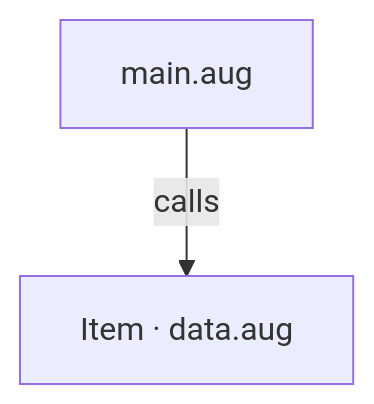
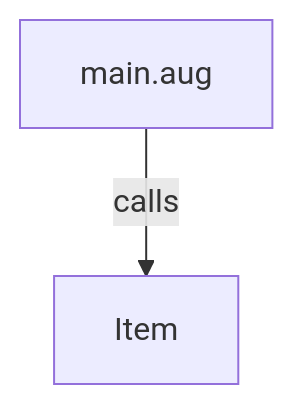
The first of 2 diagrams in benchmarks/records/main.aug.diagrams.md (GreenPandaStudios/augscript), drawn with Mermaid before and after one commit. The commit also changed other lines of this file and 524 other files, not shown here.

Commit message:
Explain checked data flow at folder and service levels

````diff
--- a/benchmarks/records/main.aug.diagrams.md
+++ b/benchmarks/records/main.aug.diagrams.md
@@ -9,6 +11,6 @@
 ```mermaid
 flowchart TD
-    n0["Item · data.aug"]
+    n0["Item"]
     n1["main.aug"]
     n1 -->|"calls"| n0
 ```
````
